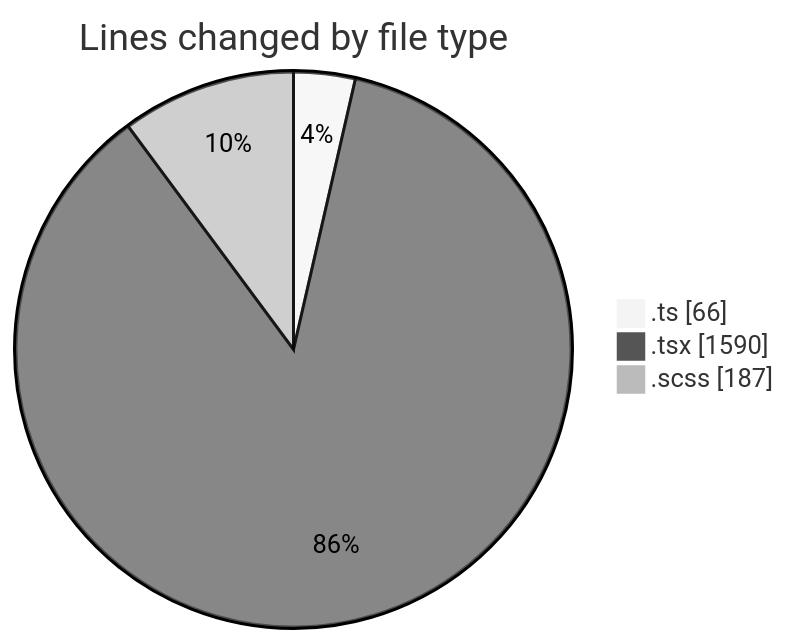
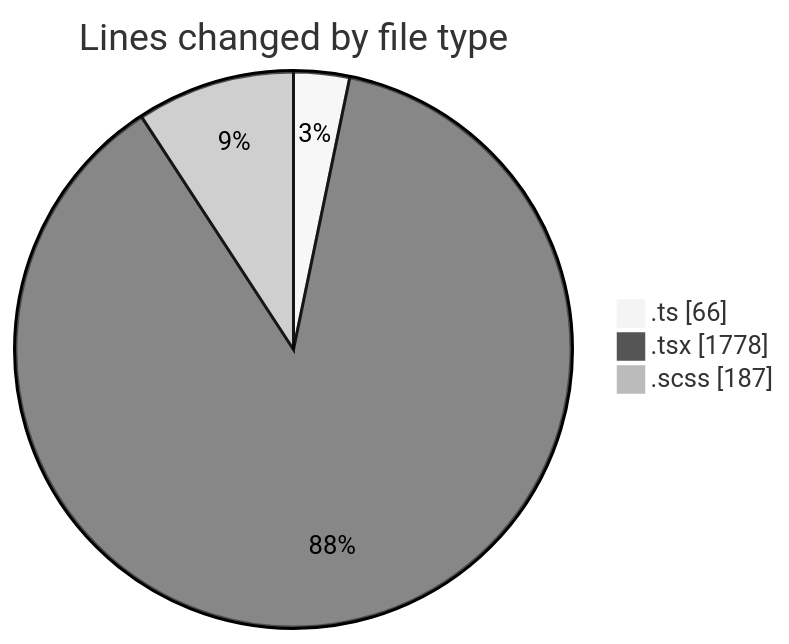
One commit to momahboobian/code-tracking changed the first of 2 diagrams in 2025-03-21/cda/README.md. Above: the diagram before and after it, drawn with Mermaid (neutral theme). The commit also changed other lines of this file and 1 other file, not shown here.

````diff
--- a/2025-03-21/cda/README.md
+++ b/2025-03-21/cda/README.md
@@ -32,7 +33,7 @@
 ```mermaid
 pie showData
 title Lines changed by file type
 ".ts" : 66
-".tsx" : 1590
+".tsx" : 1778
 ".scss" : 187
 ```
````
